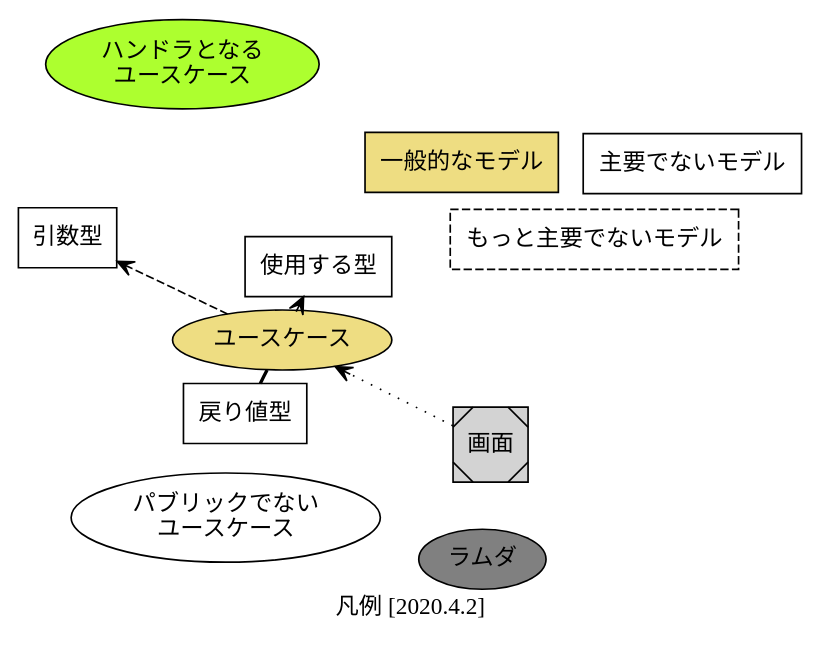
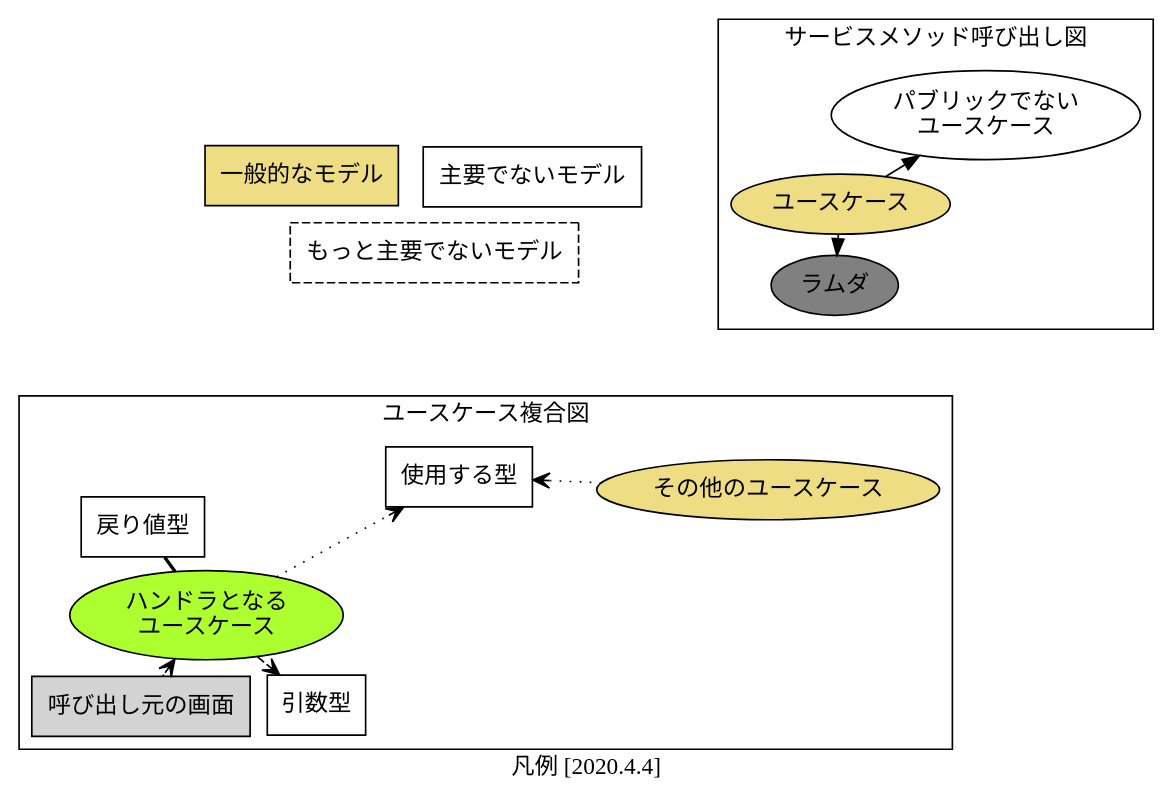
The diagram in legend.gv (dddjava/jig), drawn with Graphviz before and after one commit.

Commit message:
update legend

```diff
--- a/legend.gv
+++ b/legend.gv
@@ -1,35 +1,48 @@
 digraph {
     layout = fdp;
-    label = "凡例 [2020.4.2]";
+    label = "凡例 [2020.4.4]";
     node [shape = box,style = filled,fillcolor = lightgoldenrod];
 
+
+    subgraph cluster1 {
+    label = "サービスメソッド呼び出し図"
+
     usecase [label = "ユースケース", shape = ellipse];
-    handlerMethod [label = "ハンドラとなる\nユースケース", fillcolor = greenyellow, shape = ellipse];
     nonPublicUsecase [label = "パブリックでない\nユースケース", fillcolor = black, style = solid, shape = ellipse];
     lambda [label = "ラムダ", shape = ellipse, fillcolor = gray];
 
-    screen [label = "画面", shape = Msquare, style = filled, fillcolor = lightgray];
+    usecase -> nonPublicUsecase
+    usecase -> lambda
+    }
+    subgraph cluster2 {
+    label = "ユースケース複合図"
 
-    {
-    screen -> usecase [style = dotted,arrowhead = open];
-    usecase -> returnModel [style = bold,arrowhead = none];
-    usecase -> requireModel [style = dashed,arrowhead = open];
-    usecase -> usingModel [style = dotted,arrowhead = open];
-    }
+    handlerUsecase [label = "ハンドラとなる\nユースケース", fillcolor = greenyellow, shape = ellipse];
+    otherUsecase [label = "その他のユースケース", shape = ellipse];
+
+    screen [label = "呼び出し元の画面", shape = box, style = filled, fillcolor = lightgray];
     returnModel [label = "戻り値型", style = solid, fillcolor = whitesmoke]
     requireModel [label = "引数型", style = solid, fillcolor = whitesmoke]
     usingModel [label = "使用する型", style = solid, fillcolor = whitesmoke]
+
+    screen -> handlerUsecase [style = dotted,arrowhead = open];
+    handlerUsecase -> returnModel [style = bold,arrowhead = none];
+    handlerUsecase -> requireModel [style = dashed,arrowhead = open];
+    handlerUsecase -> usingModel [style = dotted,arrowhead = open];
+
+    otherUsecase -> usingModel [style = dotted,arrowhead = open];
+    }
 
     model [label = "一般的なモデル"];
     other1 [label = "主要でないモデル", style = solid, fillcolor = whitesmoke];
     other2 [label = "もっと主要でないモデル", style = dashed, fillcolor = whitesmoke];
 
     {
     # 出力上近くに置くための関連
     edge [color = none,arrowhead = none];
 
     model -> other1;
     model -> other2;
     other1 -> other2;
     }
 }
```
